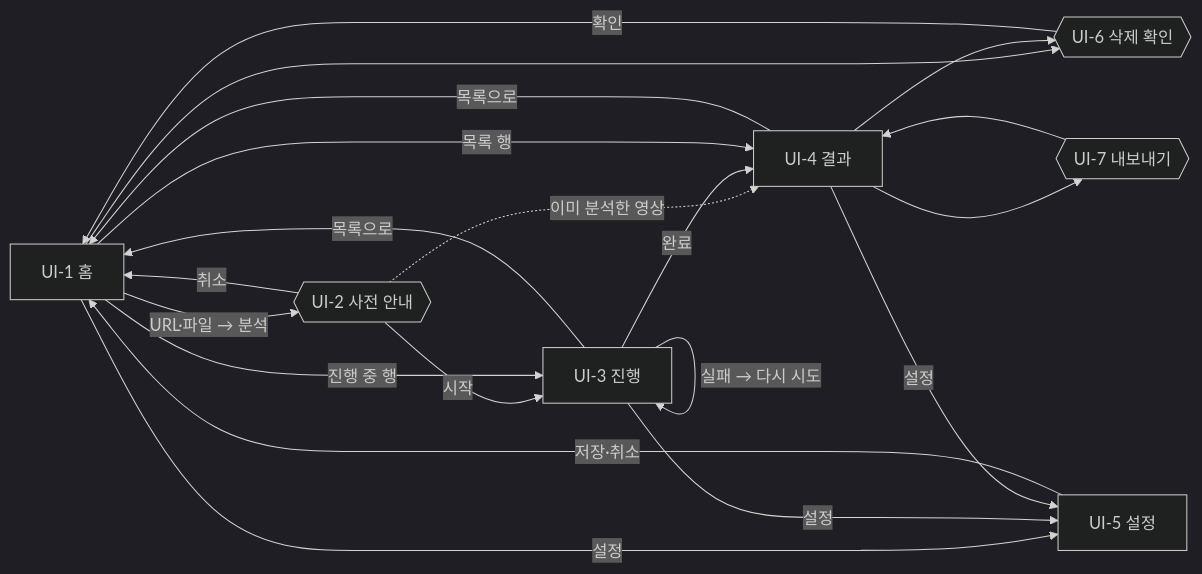
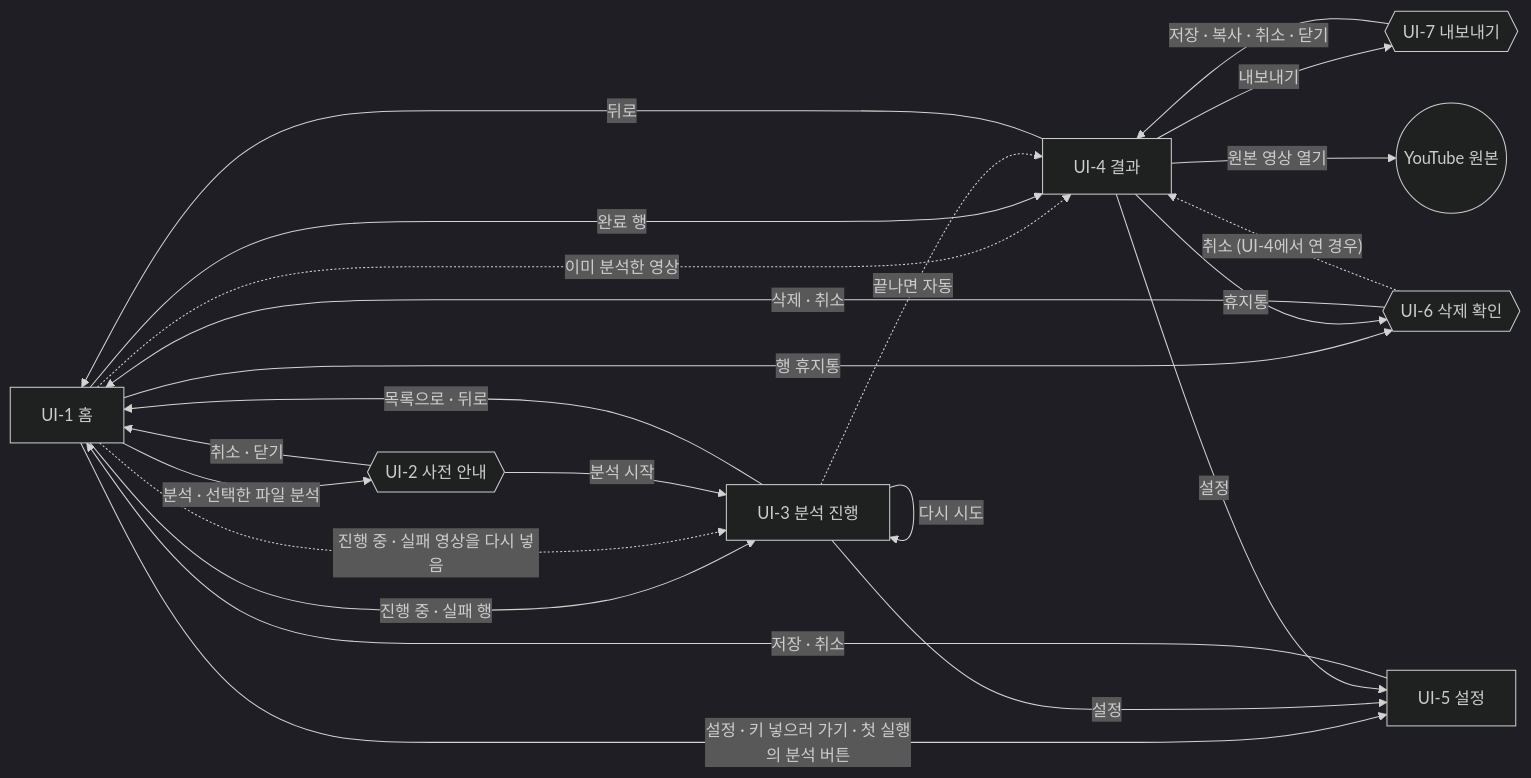
The diagram in docs/specs/07-UI/VA-UI-001.md (HoyoungParkme/video-agent), drawn with Mermaid (dark theme) before and after one commit. The commit also changed other lines of this file, not shown here.

````diff
--- a/docs/specs/07-UI/VA-UI-001.md
+++ b/docs/specs/07-UI/VA-UI-001.md
@@ -139,28 +688,34 @@
 ```mermaid
 flowchart LR
-    U1[UI-1 홈]
-    U2{{UI-2 사전 안내}}
-    U3[UI-3 진행]
-    U4[UI-4 결과]
-    U5[UI-5 설정]
-    U6{{UI-6 삭제 확인}}
-    U7{{UI-7 내보내기}}
+    U1["UI-1 홈"]
+    U2{{"UI-2 사전 안내"}}
+    U3["UI-3 분석 진행"]
+    U4["UI-4 결과"]
+    U5["UI-5 설정"]
+    U6{{"UI-6 삭제 확인"}}
+    U7{{"UI-7 내보내기"}}
+    YT(("YouTube 원본"))
 
-    U1 -->|URL·파일 → 분석| U2
-    U2 -->|시작| U3
-    U2 -->|취소| U1
-    U2 -.->|이미 분석한 영상| U4
-    U3 -->|완료| U4
-    U3 -->|목록으로| U1
-    U3 -->|실패 → 다시 시도| U3
-    U1 -->|목록 행| U4
-    U1 -->|진행 중 행| U3
-    U4 -->|목록으로| U1
-    U4 --> U7
-    U7 --> U4
-    U1 --> U6
-    U4 --> U6
-    U6 -->|확인| U1
-    U1 & U3 & U4 -->|설정| U5
-    U5 -->|저장·취소| U1
+    U1 -->|"분석 · 선택한 파일 분석"| U2
+    U1 -.->|"이미 분석한 영상"| U4
+    U1 -->|"완료 행"| U4
+    U1 -->|"진행 중 · 실패 행"| U3
+    U1 -.->|"진행 중 · 실패 영상을 다시 넣음"| U3
+    U1 -->|"행 휴지통"| U6
+    U1 -->|"설정 · 키 넣으러 가기 · 첫 실행의 분석 버튼"| U5
+    U2 -->|"분석 시작"| U3
+    U2 -->|"취소 · 닫기"| U1
+    U3 -.->|"끝나면 자동"| U4
+    U3 -->|"다시 시도"| U3
+    U3 -->|"목록으로 · 뒤로"| U1
+    U3 -->|"설정"| U5
+    U4 -->|"뒤로"| U1
+    U4 -->|"내보내기"| U7
+    U4 -->|"휴지통"| U6
+    U4 -->|"설정"| U5
+    U4 -->|"원본 영상 열기"| YT
+    U7 -->|"저장 · 복사 · 취소 · 닫기"| U4
+    U6 -->|"삭제 · 취소"| U1
+    U6 -.->|"취소 (UI-4에서 연 경우)"| U4
+    U5 -->|"저장 · 취소"| U1
 ```
````
